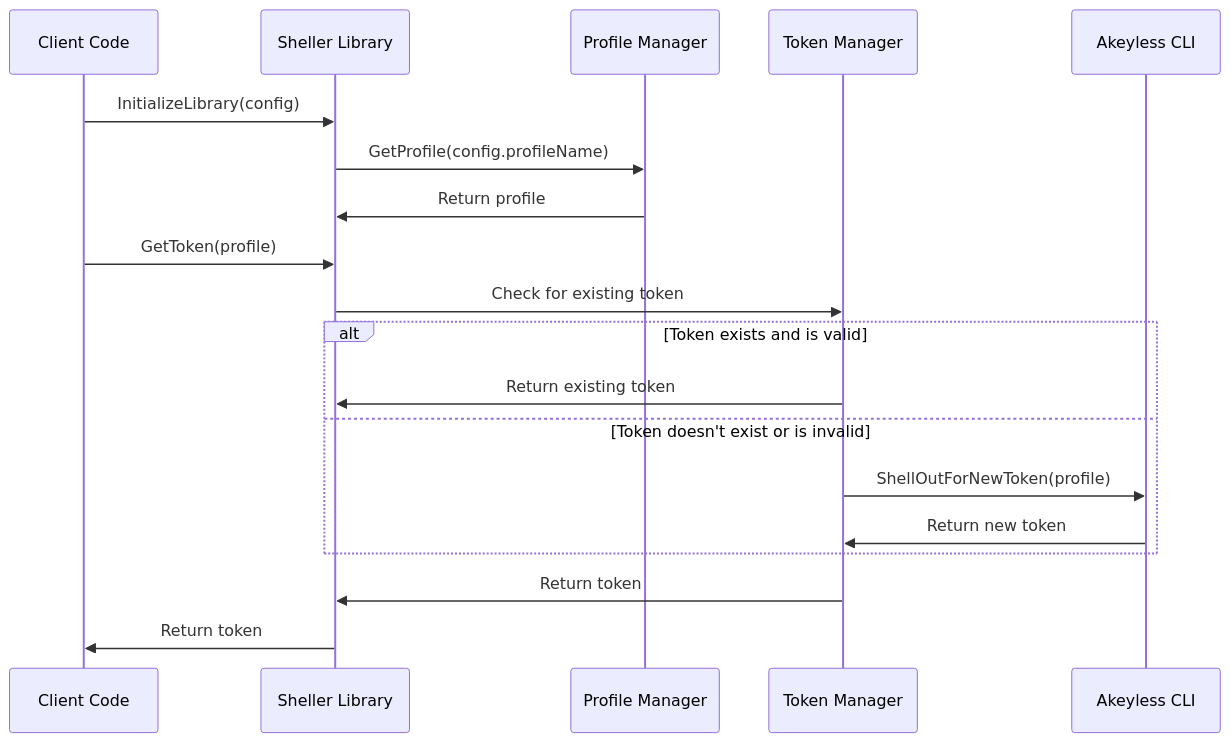
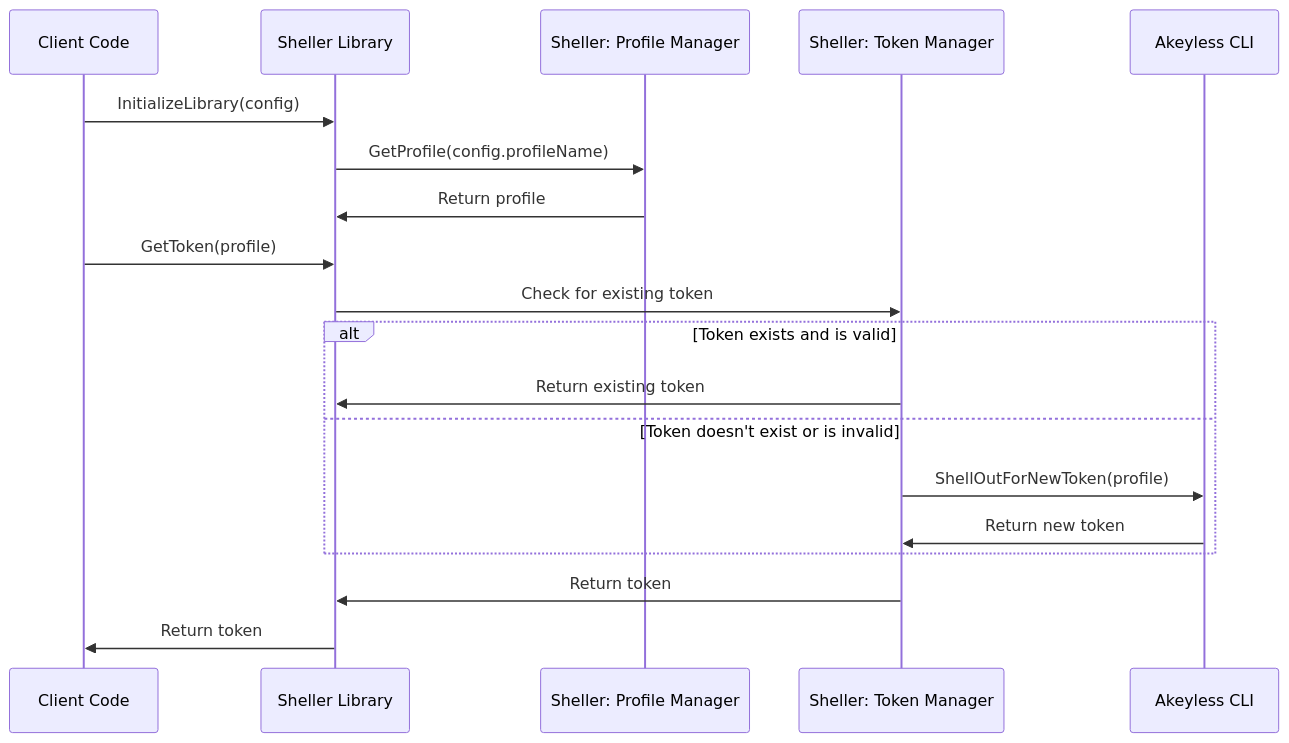
Before and after one commit to akeyless-community/akeyless-sheller: the diagram in README.md, drawn with Mermaid.

Commit message:
Update README.md
doc clarification

````diff
--- a/README.md
+++ b/README.md
@@ -17,22 +17,22 @@
 ```mermaid
 sequenceDiagram
     participant Client as Client Code
     participant Sheller as Sheller Library
-    participant ProfileManager as Profile Manager
-    participant TokenManager as Token Manager
+    participant ProfileManager as Sheller: Profile Manager
+    participant TokenManager as Sheller: Token Manager
     participant CLI as Akeyless CLI
 
     Client->>Sheller: InitializeLibrary(config)
     Sheller->>ProfileManager: GetProfile(config.profileName)
     ProfileManager->>Sheller: Return profile
     Client->>Sheller: GetToken(profile)
     Sheller->>TokenManager: Check for existing token
     alt Token exists and is valid
         TokenManager->>Sheller: Return existing token
     else Token doesn't exist or is invalid
         TokenManager->>CLI: ShellOutForNewToken(profile)
         CLI->>TokenManager: Return new token
     end
     TokenManager->>Sheller: Return token
     Sheller->>Client: Return token
 ```
````
